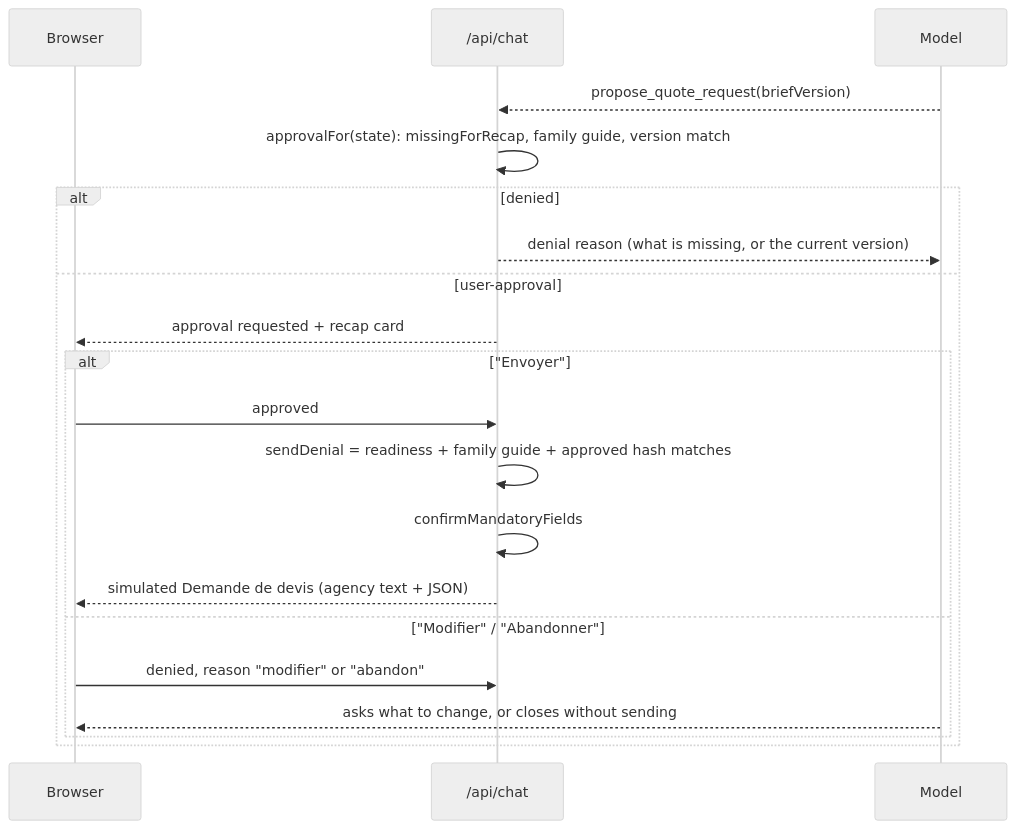
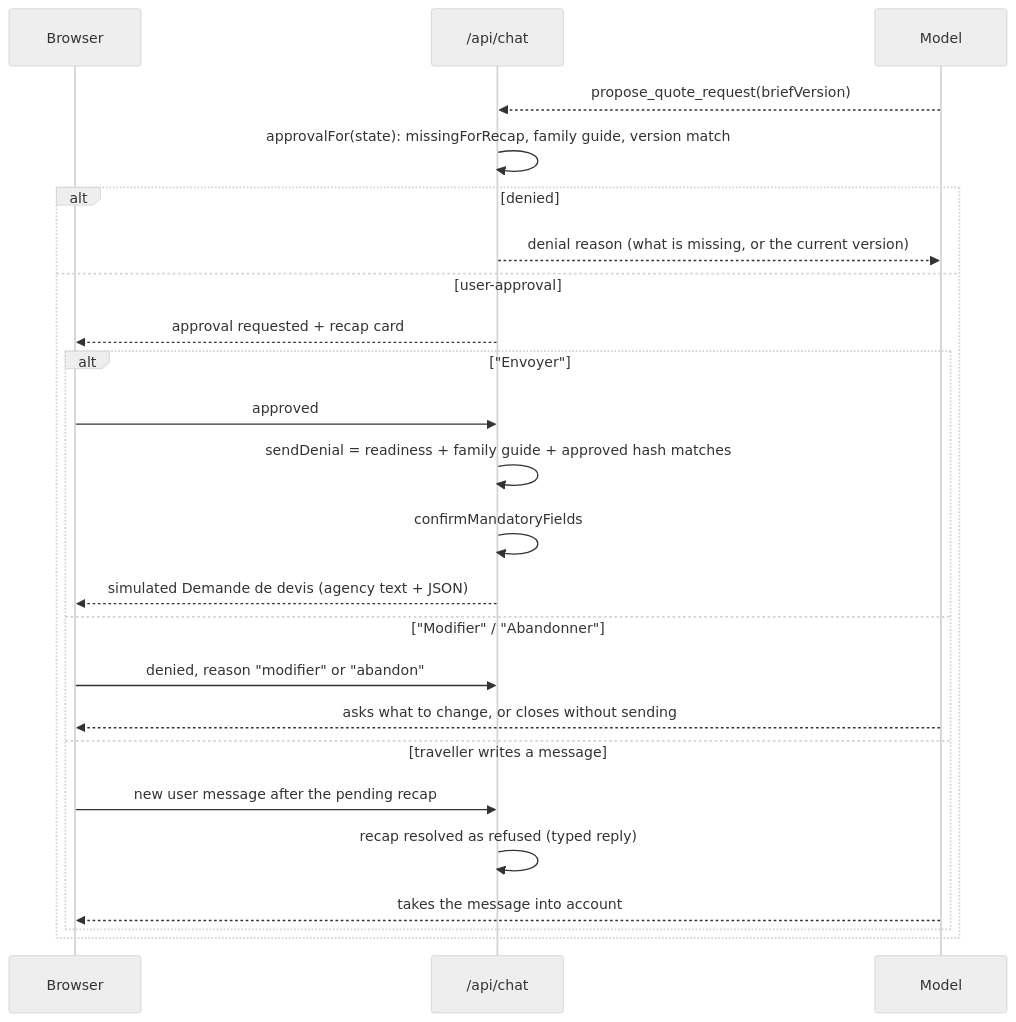
The third of 3 diagrams in docs/architecture.md (VictorNain26/trip-brief-agent), drawn with Mermaid (neutral theme) before and after one commit. The commit also changed other lines of this file and 7 other files, not shown here.

First line of the commit message:
fix(chat): resume the conversation when the traveller writes past the recap (#1)

````diff
--- a/docs/architecture.md
+++ b/docs/architecture.md
@@ -156,22 +162,26 @@
 ```mermaid
 sequenceDiagram
   participant B as Browser
   participant S as /api/chat
   participant M as Model
   M-->>S: propose_quote_request(briefVersion)
   S->>S: approvalFor(state): missingForRecap, family guide, version match
   alt denied
     S-->>M: denial reason (what is missing, or the current version)
   else user-approval
     S-->>B: approval requested + recap card
     alt "Envoyer"
       B->>S: approved
       S->>S: sendDenial = readiness + family guide + approved hash matches
       S->>S: confirmMandatoryFields
       S-->>B: simulated Demande de devis (agency text + JSON)
     else "Modifier" / "Abandonner"
       B->>S: denied, reason "modifier" or "abandon"
       M-->>B: asks what to change, or closes without sending
+    else traveller writes a message
+      B->>S: new user message after the pending recap
+      S->>S: recap resolved as refused (typed reply)
+      M-->>B: takes the message into account
     end
   end
 ```
````
